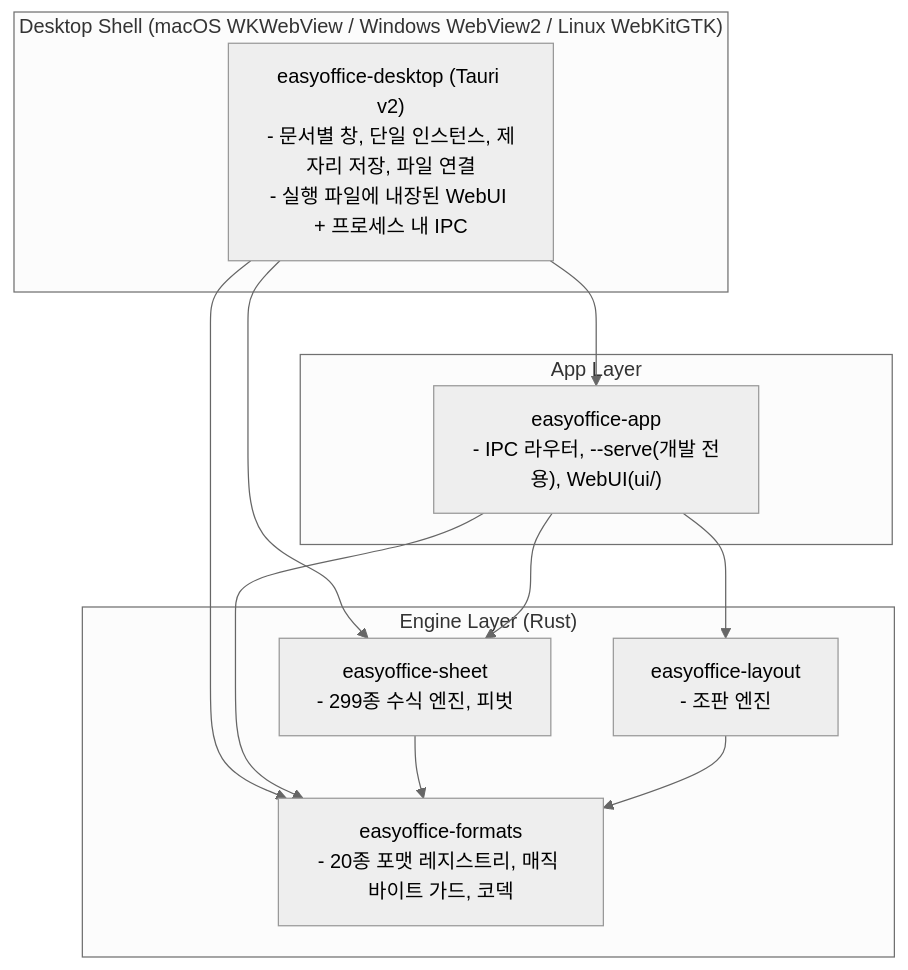
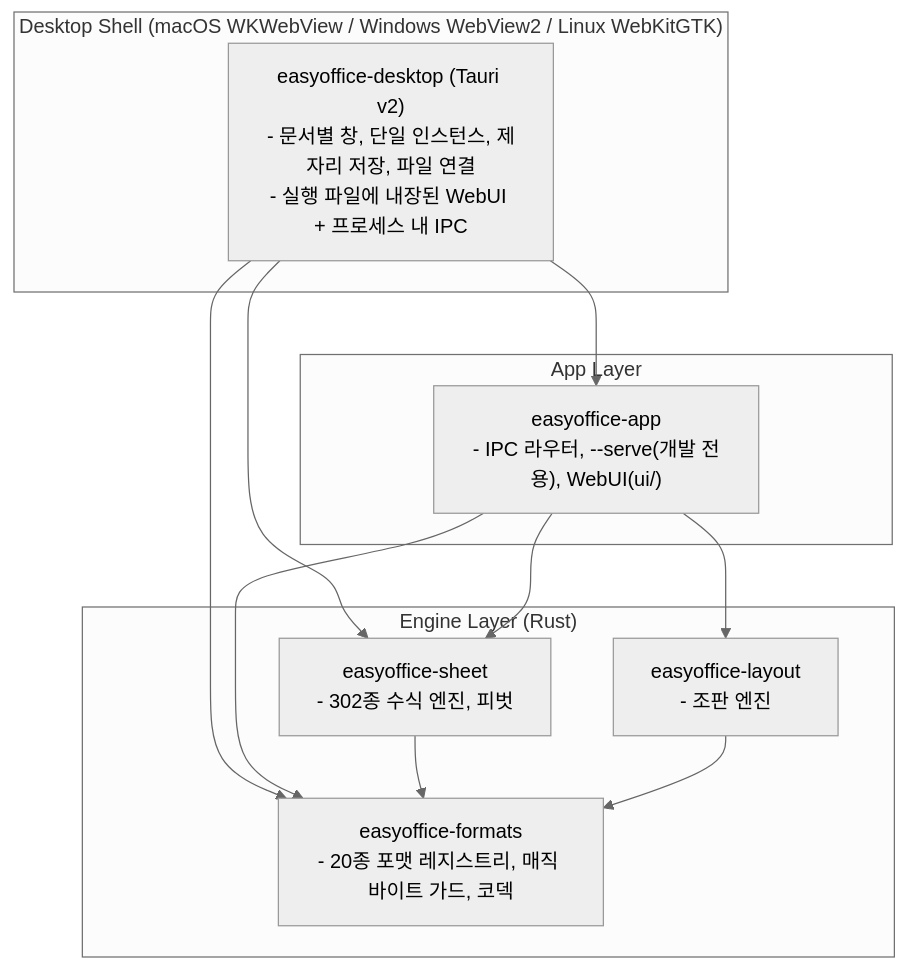
One commit to AquilaXk/easyoffice changed the diagram in docs/architecture.md. Above: the diagram before and after it, drawn with Mermaid (neutral theme). The commit also changed 23 other files, not shown here.

````diff
--- a/docs/architecture.md
+++ b/docs/architecture.md
@@ -11,22 +11,22 @@
 ```mermaid
 flowchart TD
     subgraph ShellLayer["Desktop Shell (macOS WKWebView / Windows WebView2 / Linux WebKitGTK)"]
         Desktop["easyoffice-desktop (Tauri v2)\n- 문서별 창, 단일 인스턴스, 제자리 저장, 파일 연결\n- 실행 파일에 내장된 WebUI + 프로세스 내 IPC"]
     end
     subgraph AppLayer["App Layer"]
         App["easyoffice-app\n- IPC 라우터, --serve(개발 전용), WebUI(ui/)"]
     end
     subgraph CoreLayer["Engine Layer (Rust)"]
         Formats["easyoffice-formats\n- 20종 포맷 레지스트리, 매직 바이트 가드, 코덱"]
-        Sheet["easyoffice-sheet\n- 299종 수식 엔진, 피벗"]
+        Sheet["easyoffice-sheet\n- 302종 수식 엔진, 피벗"]
         Layout["easyoffice-layout\n- 조판 엔진"]
     end
     Desktop --> App
     Desktop --> Formats
     Desktop --> Sheet
     App --> Formats
     App --> Sheet
     App --> Layout
     Sheet --> Formats
     Layout --> Formats
 ```
````
